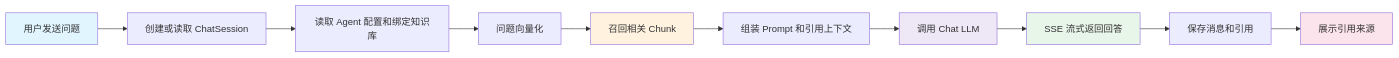
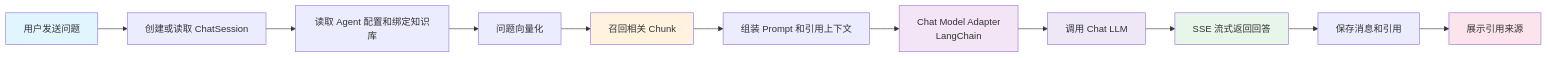
One commit to UserKei/Zeta changed the third of 3 diagrams in README.md. Above: the diagram before and after it, drawn with Mermaid. The commit also changed other lines of this file, not shown here.

Commit message:
docs: update architecture overview

````diff
--- a/README.md
+++ b/README.md
@@ -114,21 +138,23 @@
 ```mermaid
 flowchart LR
     question[用户发送问题]
     session[创建或读取 ChatSession]
     agent[读取 Agent 配置和绑定知识库]
     embed[问题向量化]
     retrieve[召回相关 Chunk]
     prompt[组装 Prompt 和引用上下文]
+    adapter[Chat Model Adapter<br/>LangChain]
     llm[调用 Chat LLM]
     stream[SSE 流式返回回答]
     persist[保存消息和引用]
     source[展示引用来源]
 
-    question --> session --> agent --> embed --> retrieve --> prompt --> llm --> stream --> persist --> source
+    question --> session --> agent --> embed --> retrieve --> prompt --> adapter --> llm --> stream --> persist --> source
 
     style question fill:#e1f5fe
     style retrieve fill:#fff3e0
+    style adapter fill:#f3e5f5
     style llm fill:#ede7f6
     style stream fill:#e8f5e9
     style source fill:#fce4ec
 ```
````
